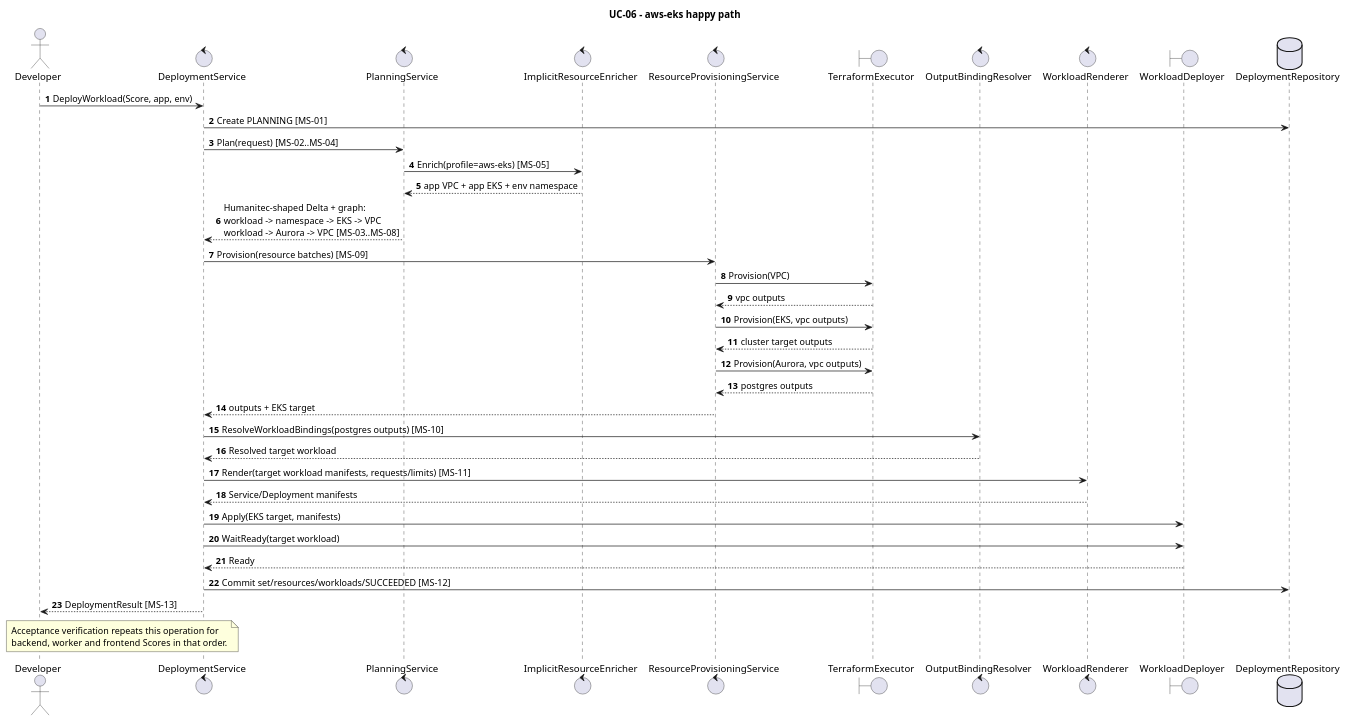
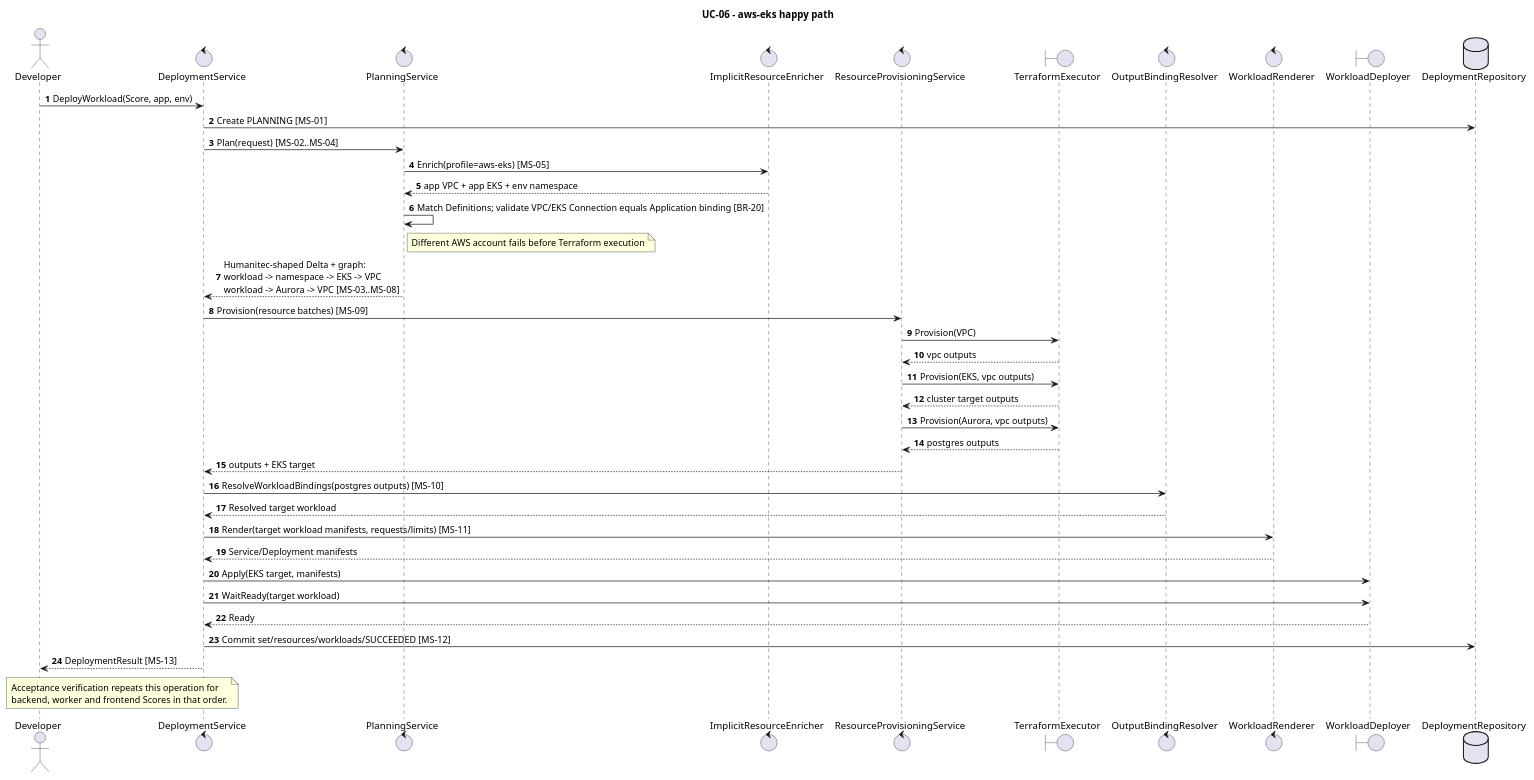
The diagram in orchestrator_docs/usecase/UC-06/sequence-cloud.puml (pr3s3nt/poc), drawn with PlantUML before and after one commit. The commit also changed 76 other files, not shown here.

Commit message:
feat: select application deployment connection at creation

```diff
--- a/orchestrator_docs/usecase/UC-06/sequence-cloud.puml
+++ b/orchestrator_docs/usecase/UC-06/sequence-cloud.puml
@@ -1,42 +1,44 @@
 @startuml
 title UC-06 - aws-eks happy path
 autonumber
 actor Developer
 control DeploymentService as Service
 control PlanningService as Planner
 control ImplicitResourceEnricher as Enricher
 control ResourceProvisioningService as Provisioner
 boundary TerraformExecutor as Terraform
 control OutputBindingResolver as Resolver
 control WorkloadRenderer as Renderer
 boundary WorkloadDeployer as K8s
 database DeploymentRepository as Repo
 
 Developer -> Service: DeployWorkload(Score, app, env)
 Service -> Repo: Create PLANNING [MS-01]
 Service -> Planner: Plan(request) [MS-02..MS-04]
 Planner -> Enricher: Enrich(profile=aws-eks) [MS-05]
 Enricher --> Planner: app VPC + app EKS + env namespace
+Planner -> Planner: Match Definitions; validate VPC/EKS Connection equals Application binding [BR-20]
+note right of Planner: Different AWS account fails before Terraform execution
 Planner --> Service: Humanitec-shaped Delta + graph:\nworkload -> namespace -> EKS -> VPC\nworkload -> Aurora -> VPC [MS-03..MS-08]
 Service -> Provisioner: Provision(resource batches) [MS-09]
 Provisioner -> Terraform: Provision(VPC)
 Terraform --> Provisioner: vpc outputs
 Provisioner -> Terraform: Provision(EKS, vpc outputs)
 Terraform --> Provisioner: cluster target outputs
 Provisioner -> Terraform: Provision(Aurora, vpc outputs)
 Terraform --> Provisioner: postgres outputs
 Provisioner --> Service: outputs + EKS target
 Service -> Resolver: ResolveWorkloadBindings(postgres outputs) [MS-10]
 Resolver --> Service: Resolved target workload
 Service -> Renderer: Render(target workload manifests, requests/limits) [MS-11]
 Renderer --> Service: Service/Deployment manifests
 Service -> K8s: Apply(EKS target, manifests)
 Service -> K8s: WaitReady(target workload)
 K8s --> Service: Ready
 Service -> Repo: Commit set/resources/workloads/SUCCEEDED [MS-12]
 Service --> Developer: DeploymentResult [MS-13]
 note over Developer, Service
 Acceptance verification repeats this operation for
 backend, worker and frontend Scores in that order.
 end note
 @enduml
```
